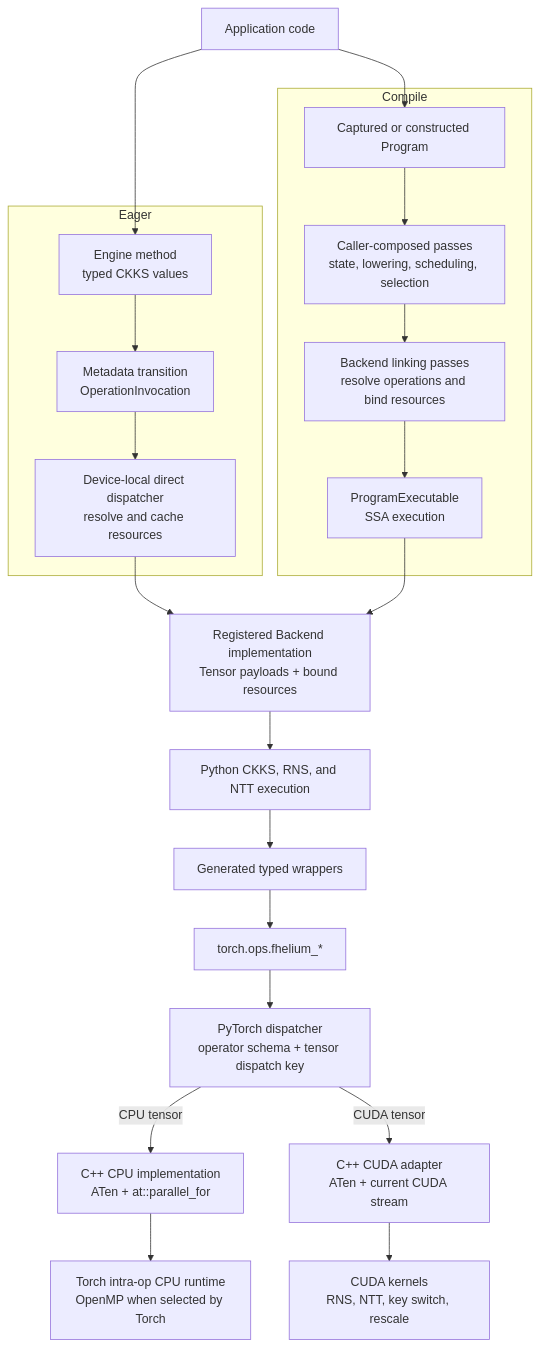
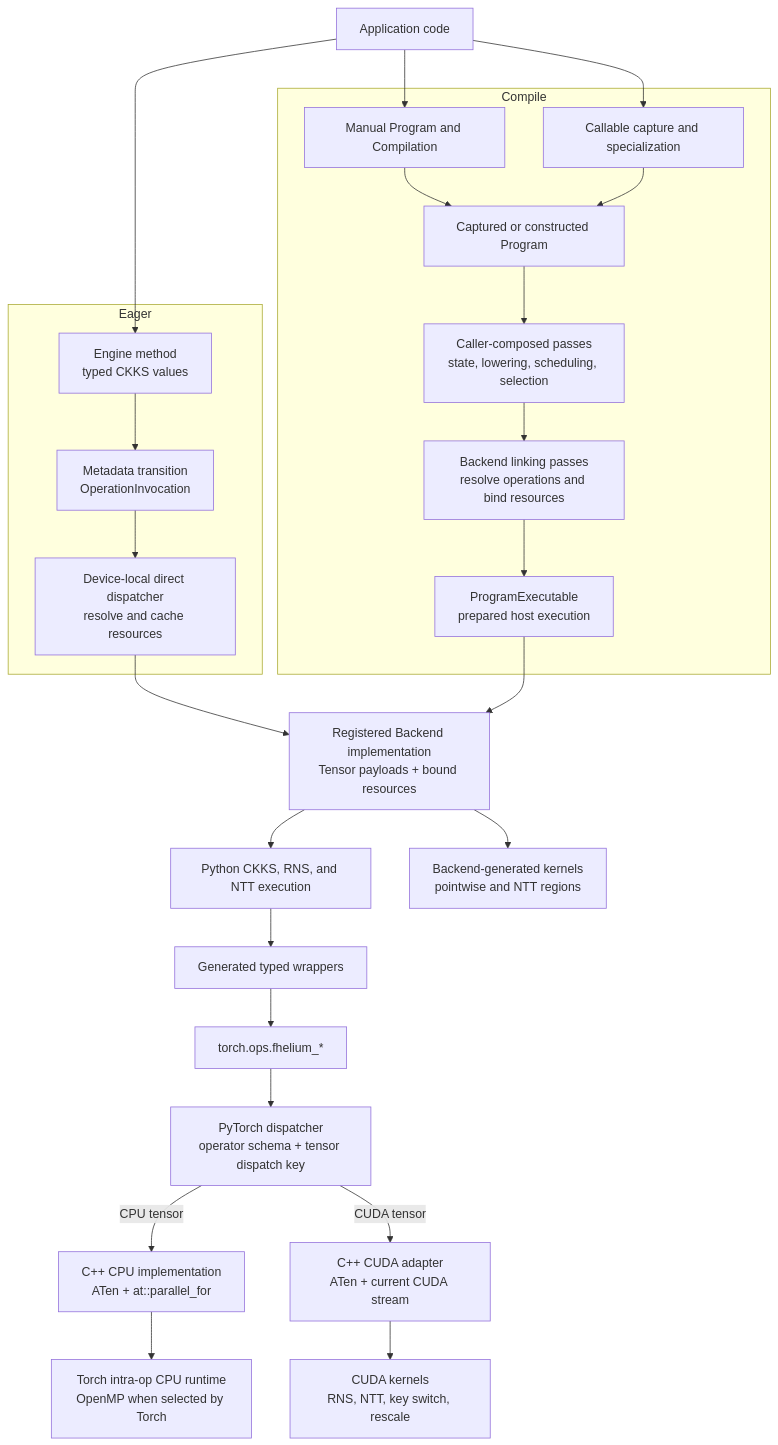
The first of 4 diagrams in docs/developer/engine-native-stack.md (visualDust/fhelium), drawn with Mermaid before and after one commit. The commit also changed other lines of this file and 426 other files, not shown here.

Commit message:
Add unified compilation and JIT execution for FHElium 0.30

````diff
--- a/docs/developer/engine-native-stack.md
+++ b/docs/developer/engine-native-stack.md
@@ -17,34 +7,40 @@
 ```mermaid
 graph TB
     APP[Application code]
     subgraph Eager
         ENGINE[Engine method<br/>typed CKKS values]
         ECALL[Metadata transition<br/>OperationInvocation]
         EDISP[Device-local direct dispatcher<br/>resolve and cache resources]
         ENGINE --> ECALL --> EDISP
     end
     subgraph Compile
+        MANUAL[Manual Program and Compilation]
+        CALLABLE[Callable capture and specialization]
         INPUT[Captured or constructed Program]
+        MANUAL --> INPUT
+        CALLABLE --> INPUT
         PASSES[Caller-composed passes<br/>state, lowering, scheduling, selection]
         LINK[Backend linking passes<br/>resolve operations and bind resources]
-        EXEC[ProgramExecutable<br/>SSA execution]
+        EXEC[ProgramExecutable<br/>prepared host execution]
         INPUT --> PASSES --> LINK --> EXEC
     end
     IMPL[Registered Backend implementation<br/>Tensor payloads + bound resources]
     PYALG[Python CKKS, RNS, and NTT execution]
     WRAP[Generated typed wrappers]
     OPS[torch.ops.fhelium_*]
     DISP[PyTorch dispatcher<br/>operator schema + tensor dispatch key]
     CPU[C++ CPU implementation<br/>ATen + at::parallel_for]
     GPU[C++ CUDA adapter<br/>ATen + current CUDA stream]
     OMP[Torch intra-op CPU runtime<br/>OpenMP when selected by Torch]
     CUDA[CUDA kernels<br/>RNS, NTT, key switch, rescale]
 
     APP --> ENGINE
-    APP --> INPUT
+    APP --> MANUAL
+    APP --> CALLABLE
     EDISP --> IMPL
     EXEC --> IMPL
     IMPL --> PYALG --> WRAP --> OPS --> DISP
+    IMPL --> GENERATED[Backend-generated kernels<br/>pointwise and NTT regions]
     DISP -->|CPU tensor| CPU --> OMP
     DISP -->|CUDA tensor| GPU --> CUDA
 ```
````
